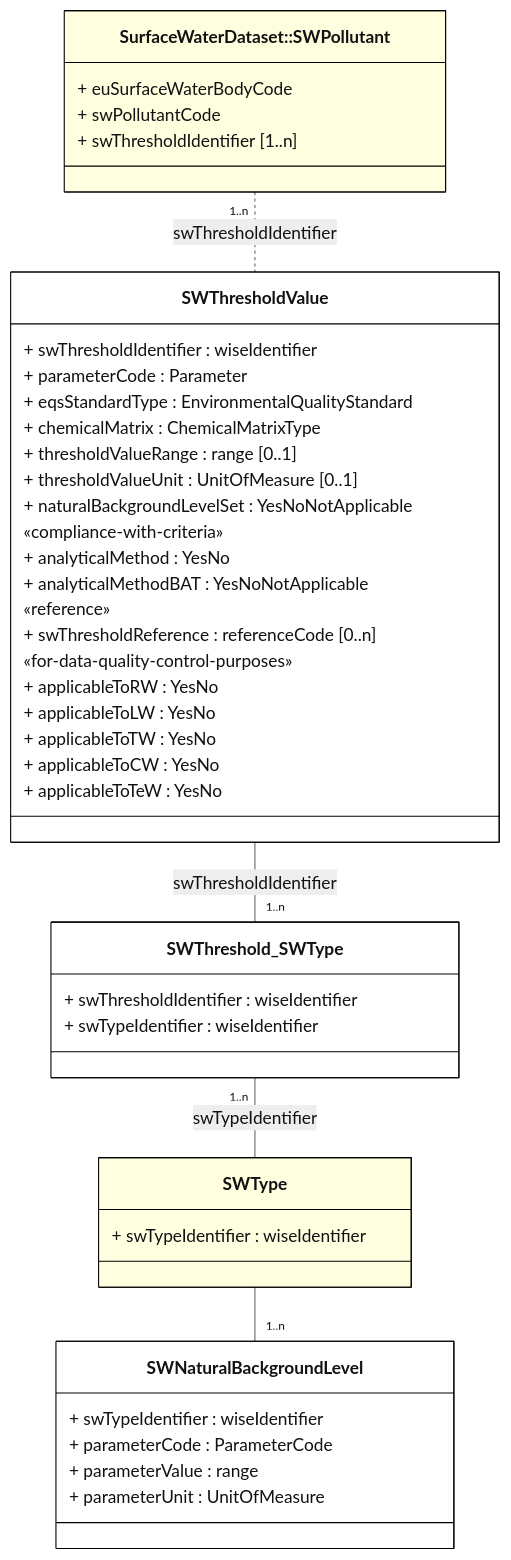
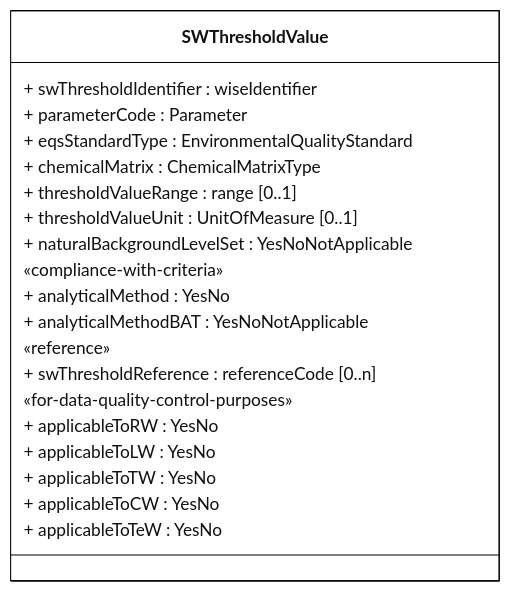
The diagram in docs/DataModelReview/mmd/SurfaceWaterMethodologies_4thCycle_SWThresholdValue_ClassDiagram.mmd (eeadata/WISE.WFD.Documentation), drawn with Mermaid before and after one commit. The commit also changed 14 other files, not shown here.

Commit message:
SWMethodologies - Improving the readability of the diagrams

```diff
--- a/docs/DataModelReview/mmd/SurfaceWaterMethodologies_4thCycle_SWThresholdValue_ClassDiagram.mmd
+++ b/docs/DataModelReview/mmd/SurfaceWaterMethodologies_4thCycle_SWThresholdValue_ClassDiagram.mmd
@@ -1,65 +1,38 @@
 ---
 config:
   class:
     hideEmptyMembersBox: true
   layout: dagre
   theme: neutral
 ---
 classDiagram
-direction TB
-
-class SWType:::partial {
-    + swTypeIdentifier : wiseIdentifier
-}
-
-class SWPollutant ["SurfaceWaterDataset::SWPollutant"]:::partial{
-+ euSurfaceWaterBodyCode
-+ swPollutantCode
-+ swThresholdIdentifier [1..n]
-}
+direction LR
 
 class SWThresholdValue{
 + swThresholdIdentifier : wiseIdentifier
 + parameterCode : Parameter
 + eqsStandardType : EnvironmentalQualityStandard
 + chemicalMatrix : ChemicalMatrixType 
 
 + thresholdValueRange : range [0..1]
 + thresholdValueUnit : UnitOfMeasure [0..1]
 + naturalBackgroundLevelSet : YesNoNotApplicable
 
 «compliance-with-criteria»
 + analyticalMethod : YesNo
 + analyticalMethodBAT : YesNoNotApplicable
 
 «reference»
 + swThresholdReference : referenceCode [0..n]
 
 «for-data-quality-control-purposes»
 + applicableToRW : YesNo
 + applicableToLW : YesNo
 + applicableToTW : YesNo
 + applicableToCW : YesNo
 + applicableToTeW : YesNo
 }
 
-class SWThreshold_SWType{
-+ swThresholdIdentifier : wiseIdentifier
-+ swTypeIdentifier : wiseIdentifier
-}
-
-class SWNaturalBackgroundLevel{
-    + swTypeIdentifier : wiseIdentifier
-    + parameterCode : ParameterCode
-    + parameterValue : range  
-    + parameterUnit : UnitOfMeasure
-}
-
-SWPollutant "1..n" .. SWThresholdValue : swThresholdIdentifier
-SWThresholdValue -- "1..n" SWThreshold_SWType : swThresholdIdentifier
-SWThreshold_SWType "1..n" -- SWType : swTypeIdentifier
-SWType -- "1..n" SWNaturalBackgroundLevel
-
 classDef default fill:white,stroke:#000;
 classDef forFixing fill:white,stroke:#f00;
 classDef partial fill:lightyellow,stroke:#000;
```
